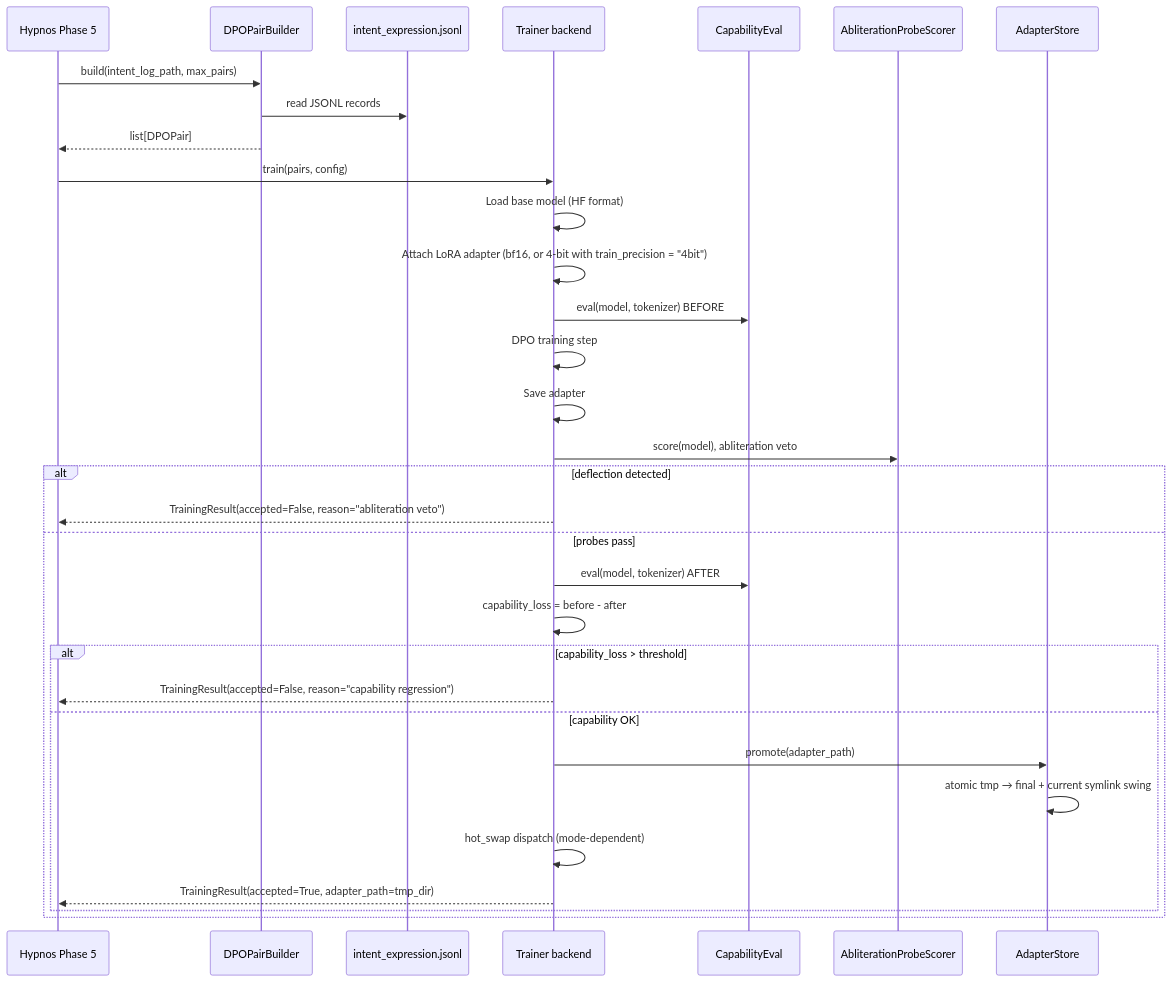
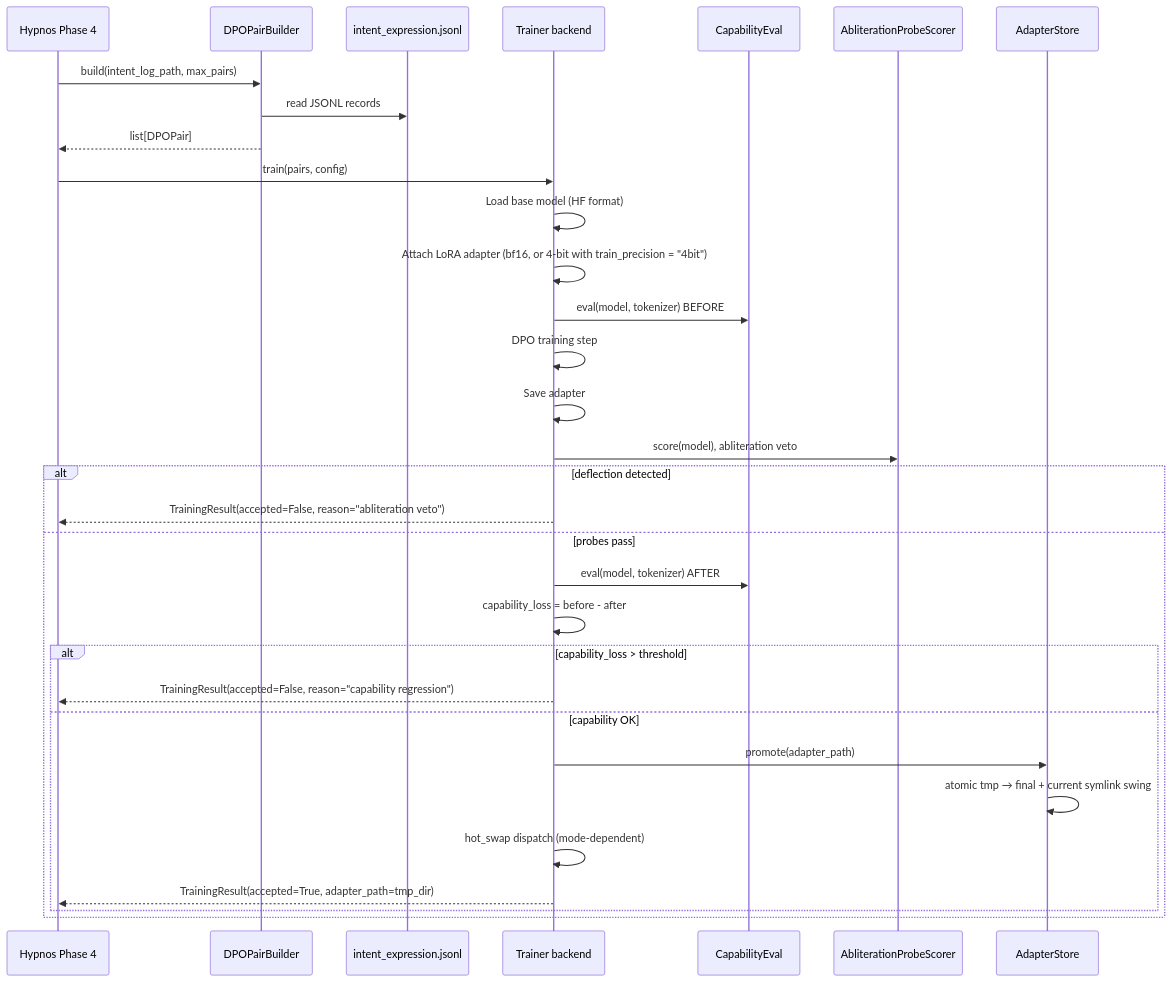
One commit to kaineone/kaine changed the second of 2 diagrams in docs/10-sleep/voice-alignment.md. Above: the diagram before and after it, drawn with Mermaid. The commit also changed other lines of this file and 23 other files, not shown here.

First line of the commit message:
Sleep follows the paper's phase order; Hypnos opens the replay window

````diff
--- a/docs/10-sleep/voice-alignment.md
+++ b/docs/10-sleep/voice-alignment.md
@@ -58,36 +58,36 @@
 ```mermaid
 sequenceDiagram
-    participant Hypnos as Hypnos Phase 5
+    participant Hypnos as Hypnos Phase 4
     participant Builder as DPOPairBuilder
     participant Log as intent_expression.jsonl
     participant Trainer as Trainer backend
     participant CapEval as CapabilityEval
     participant AblEval as AbliterationProbeScorer
     participant Store as AdapterStore
 
     Hypnos->>Builder: build(intent_log_path, max_pairs)
     Builder->>Log: read JSONL records
     Builder-->>Hypnos: list[DPOPair]
 
     Hypnos->>Trainer: train(pairs, config)
     Trainer->>Trainer: Load base model (HF format)
     Trainer->>Trainer: Attach LoRA adapter (bf16, or 4-bit with train_precision = "4bit")
     Trainer->>CapEval: eval(model, tokenizer) BEFORE
     Trainer->>Trainer: DPO training step
     Trainer->>Trainer: Save adapter
     Trainer->>AblEval: score(model), abliteration veto
     alt deflection detected
         Trainer-->>Hypnos: TrainingResult(accepted=False, reason="abliteration veto")
     else probes pass
         Trainer->>CapEval: eval(model, tokenizer) AFTER
         Trainer->>Trainer: capability_loss = before - after
         alt capability_loss > threshold
             Trainer-->>Hypnos: TrainingResult(accepted=False, reason="capability regression")
         else capability OK
             Trainer->>Store: promote(adapter_path)
             Store->>Store: atomic tmp → final + current symlink swing
             Trainer->>Trainer: hot_swap dispatch (mode-dependent)
             Trainer-->>Hypnos: TrainingResult(accepted=True, adapter_path=tmp_dir)
         end
     end
 ```
````
